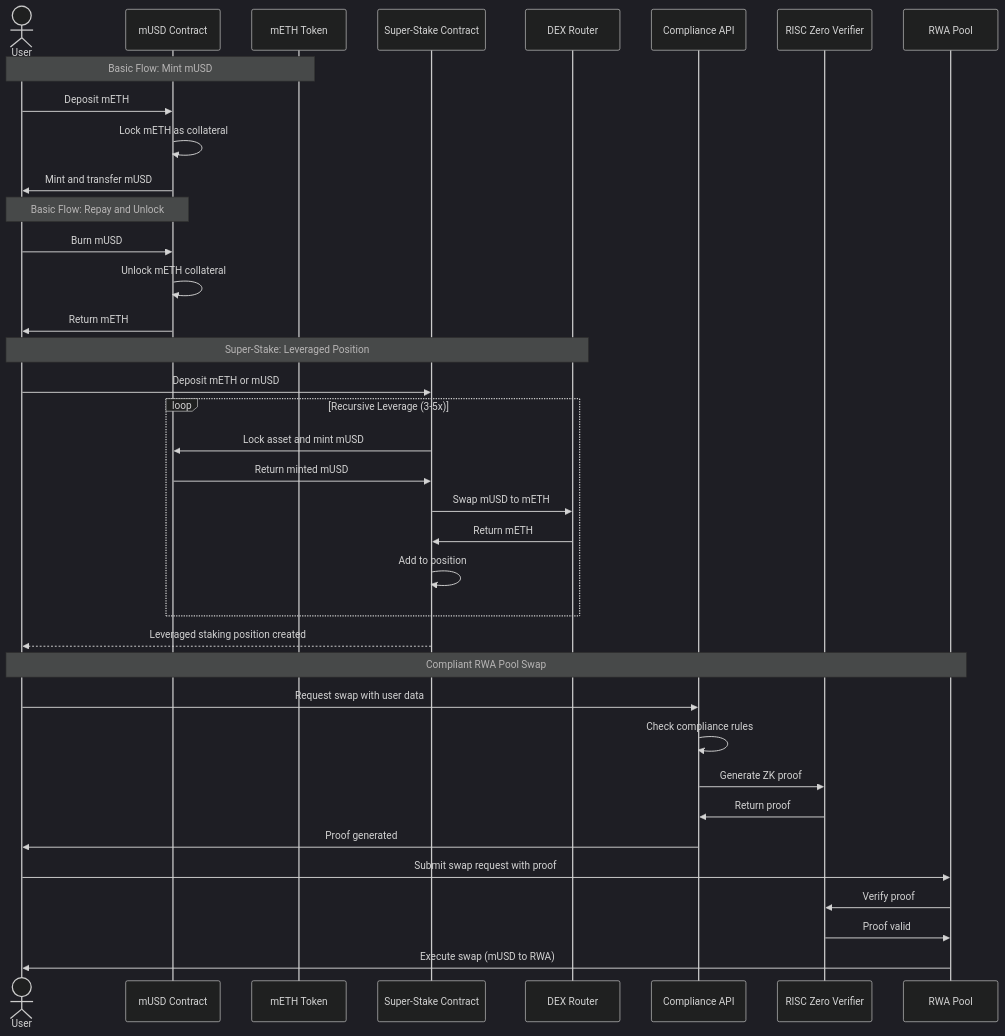
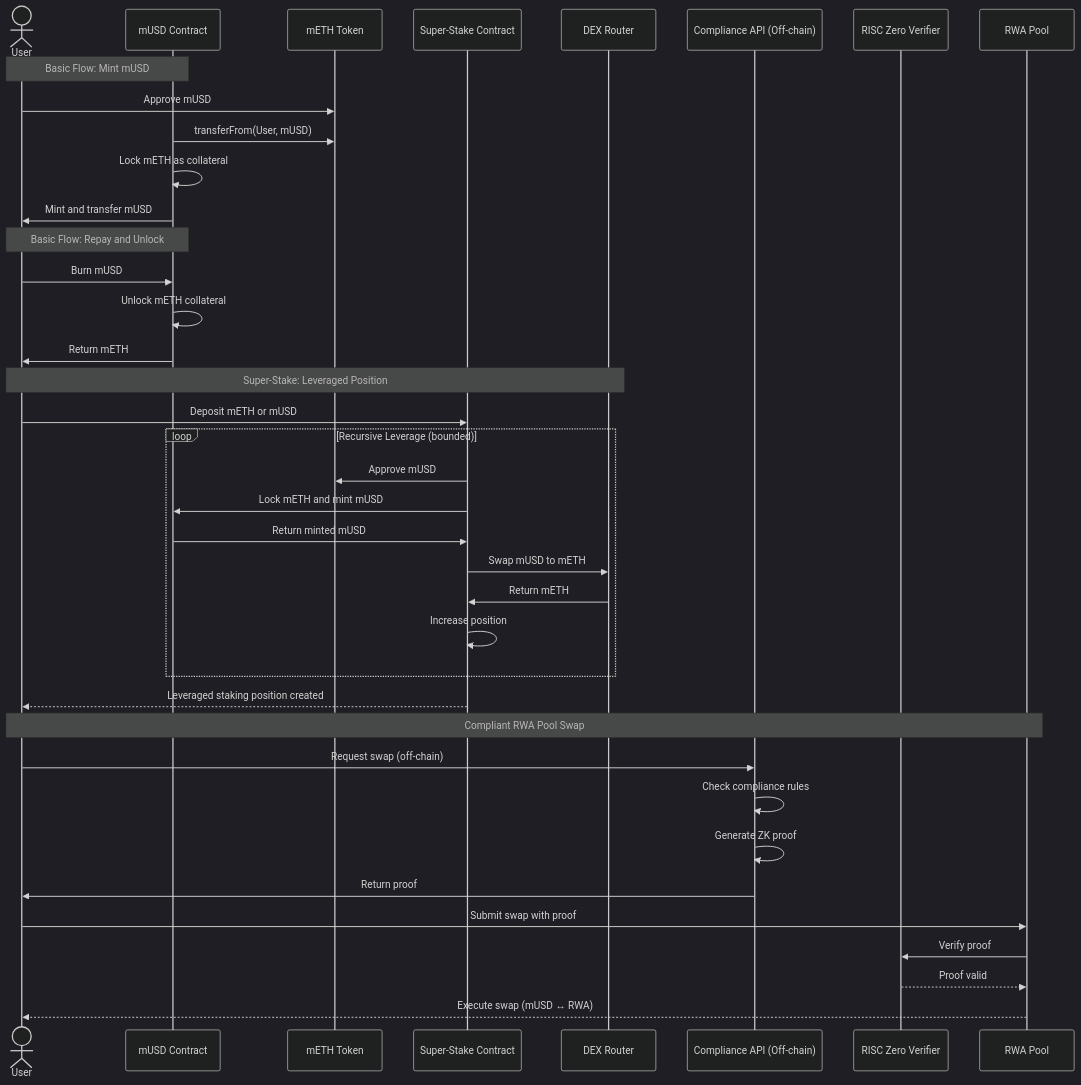
One commit to yehia67/mantle-usd changed the diagram in README.md. Above: the diagram before and after it, drawn with Mermaid (dark theme).

Commit message:
feat: enhance swaps

````diff
--- a/README.md
+++ b/README.md
@@ -1,49 +1,51 @@
 ```mermaid
-sequenceDiagram
+ sequenceDiagram
     actor User
     participant mUSD as mUSD Contract
     participant mETH as mETH Token
     participant SuperStake as Super-Stake Contract
     participant DEX as DEX Router
-    participant Compliance as Compliance API
+    participant Compliance as Compliance API (Off-chain)
     participant Verifier as RISC Zero Verifier
     participant RWAPool as RWA Pool
 
     %% ========= BASIC mUSD MINTING =========
-    Note over User,mETH: Basic Flow: Mint mUSD
-    User->>mUSD: Deposit mETH
+    Note over User,mUSD: Basic Flow: Mint mUSD
+    User->>mETH: Approve mUSD
+    mUSD->>mETH: transferFrom(User, mUSD)
     mUSD->>mUSD: Lock mETH as collateral
     mUSD->>User: Mint and transfer mUSD
-    
+
     Note over User,mUSD: Basic Flow: Repay and Unlock
     User->>mUSD: Burn mUSD
     mUSD->>mUSD: Unlock mETH collateral
     mUSD->>User: Return mETH
 
     %% ========= SUPER STAKE LEVERAGE =========
     Note over User,DEX: Super-Stake: Leveraged Position
     User->>SuperStake: Deposit mETH or mUSD
-    
-    loop Recursive Leverage (3-5x)
-        SuperStake->>mUSD: Lock asset and mint mUSD
+
+    loop Recursive Leverage (bounded)
+        SuperStake->>mETH: Approve mUSD
+        SuperStake->>mUSD: Lock mETH and mint mUSD
         mUSD->>SuperStake: Return minted mUSD
         SuperStake->>DEX: Swap mUSD to mETH
         DEX->>SuperStake: Return mETH
-        SuperStake->>SuperStake: Add to position
+        SuperStake->>SuperStake: Increase position
     end
-    
+
     SuperStake-->>User: Leveraged staking position created
 
     %% ========= COMPLIANT RWA SWAP =========
     Note over User,RWAPool: Compliant RWA Pool Swap
-    User->>Compliance: Request swap with user data
+    User->>Compliance: Request swap (off-chain)
     Compliance->>Compliance: Check compliance rules
-    Compliance->>Verifier: Generate ZK proof
-    Verifier->>Compliance: Return proof
-    Compliance->>User: Proof generated
-    
-    User->>RWAPool: Submit swap request with proof
+    Compliance->>Compliance: Generate ZK proof
+    Compliance->>User: Return proof
+
+    User->>RWAPool: Submit swap with proof
     RWAPool->>Verifier: Verify proof
-    Verifier->>RWAPool: Proof valid
-    RWAPool->>User: Execute swap (mUSD to RWA)
+    Verifier-->>RWAPool: Proof valid
+    RWAPool-->>User: Execute swap (mUSD ↔ RWA)
+
 ```
````
